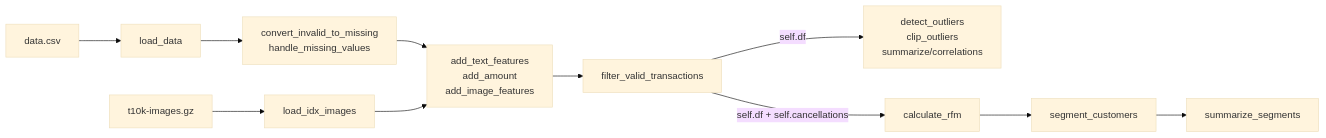
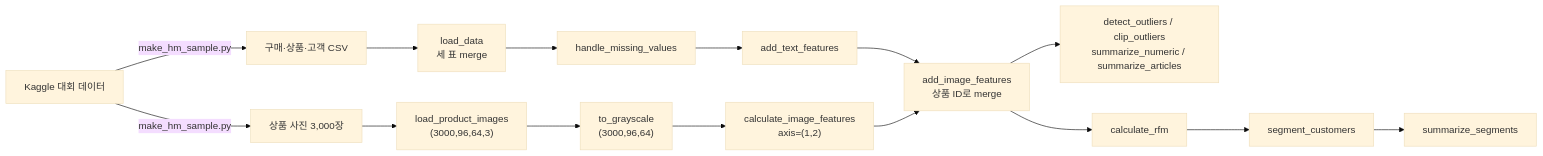
Before and after one commit to CMS-SUDO7/CODY_Advanced: the diagram in A1-1/docs/code_translation.md, drawn with Mermaid (base theme). The commit also changed other lines of this file and 25 other files, not shown here.

````diff
--- a/A1-1/docs/code_translation.md
+++ b/A1-1/docs/code_translation.md
@@ -13,10 +13,13 @@
 ```mermaid
 flowchart LR
-    CSV[data.csv] --> L[load_data]
-    L --> M[convert_invalid_to_missing<br/>handle_missing_values]
-    M --> F[add_text_features<br/>add_amount<br/>add_image_features]
-    IMG[t10k-images.gz] --> I[load_idx_images] --> F
-    F --> V[filter_valid_transactions]
-    V -->|self.df| O[detect_outliers<br/>clip_outliers<br/>summarize/correlations]
-    V -->|self.df + self.cancellations| R[calculate_rfm] --> S[segment_customers] --> SS[summarize_segments]
+    K[Kaggle 대회 데이터] -->|make_hm_sample.py| CSV[구매·상품·고객 CSV]
+    K -->|make_hm_sample.py| JPG[상품 사진 3,000장]
+    CSV --> L[load_data<br/>세 표 merge]
+    L --> M[handle_missing_values]
+    M --> T[add_text_features]
+    JPG --> I["load_product_images<br/>(3000,96,64,3)"] --> G["to_grayscale<br/>(3000,96,64)"] --> F["calculate_image_features<br/>axis=(1,2)"]
+    T --> A[add_image_features<br/>상품 ID로 merge]
+    F --> A
+    A --> O[detect_outliers / clip_outliers<br/>summarize_numeric / summarize_articles]
+    A --> R[calculate_rfm] --> S[segment_customers] --> SS[summarize_segments]
 ```
````
